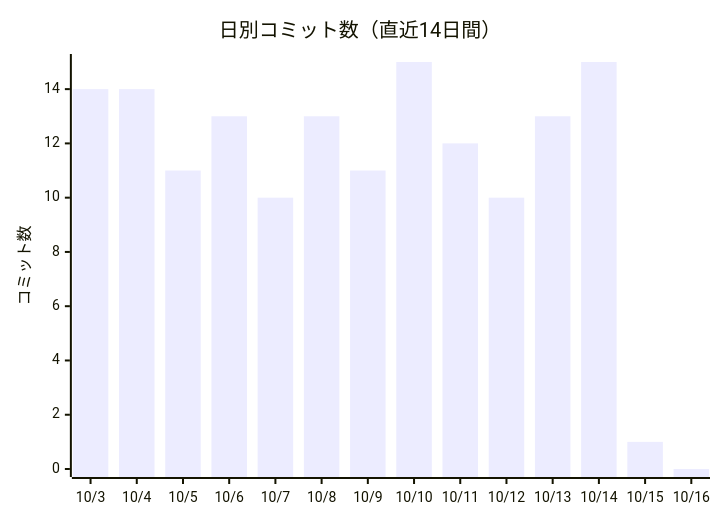
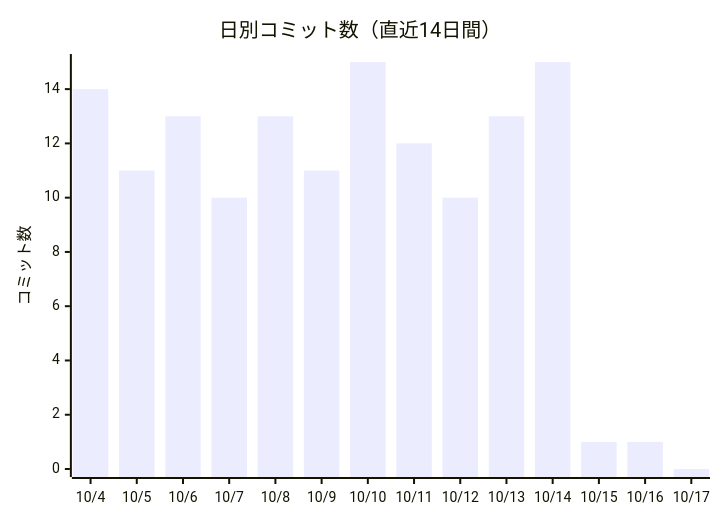
The first of 2 diagrams in docs/進化レポート.md (non-x2/non-x2), drawn with Mermaid before and after one commit. The commit also changed other lines of this file and 3 other files, not shown here.

````diff
--- a/docs/進化レポート.md
+++ b/docs/進化レポート.md
@@ -23,7 +23,7 @@
 ```mermaid
 xychart-beta
     title "日別コミット数（直近14日間）"
-    x-axis ["10/3", "10/4", "10/5", "10/6", "10/7", "10/8", "10/9", "10/10", "10/11", "10/12", "10/13", "10/14", "10/15", "10/16"]
+    x-axis ["10/4", "10/5", "10/6", "10/7", "10/8", "10/9", "10/10", "10/11", "10/12", "10/13", "10/14", "10/15", "10/16", "10/17"]
     y-axis "コミット数"
-    bar [14, 14, 11, 13, 10, 13, 11, 15, 12, 10, 13, 15, 1, 0]
+    bar [14, 11, 13, 10, 13, 11, 15, 12, 10, 13, 15, 1, 1, 0]
 ```
````
